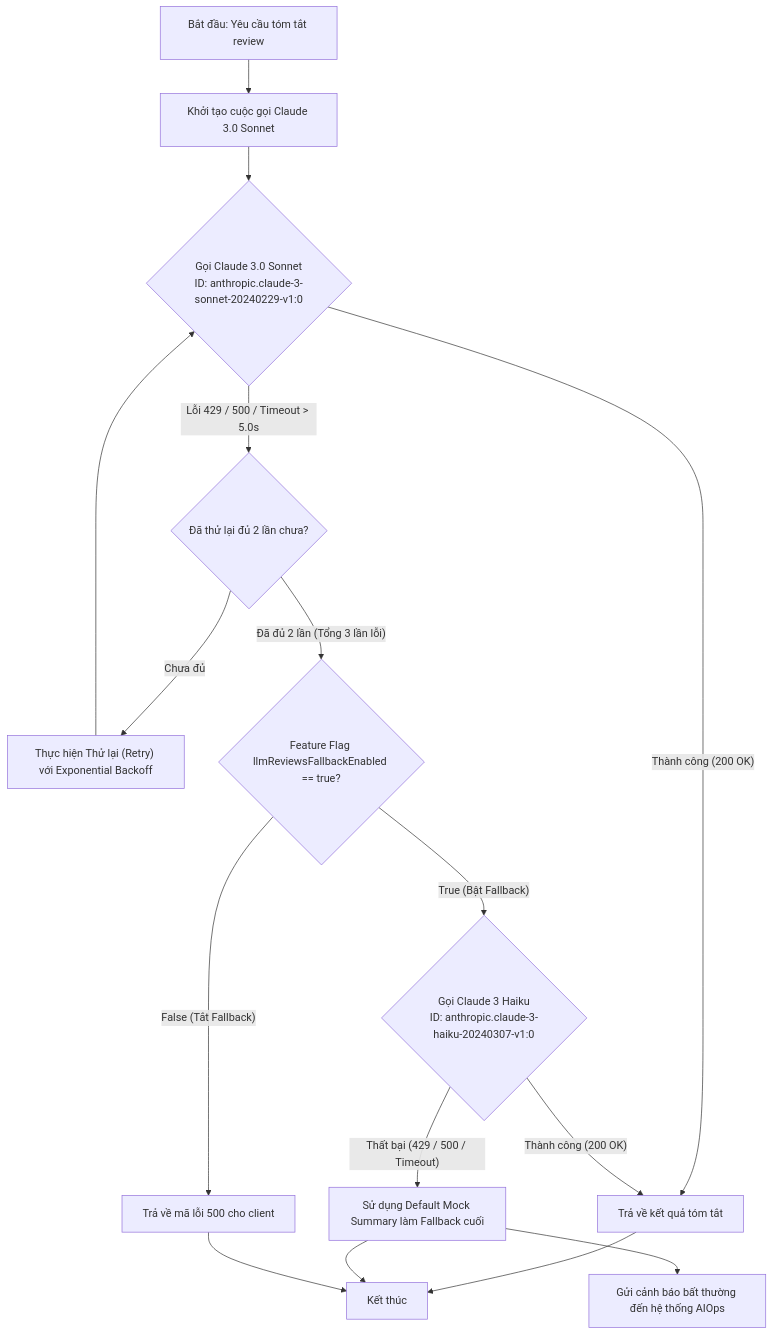
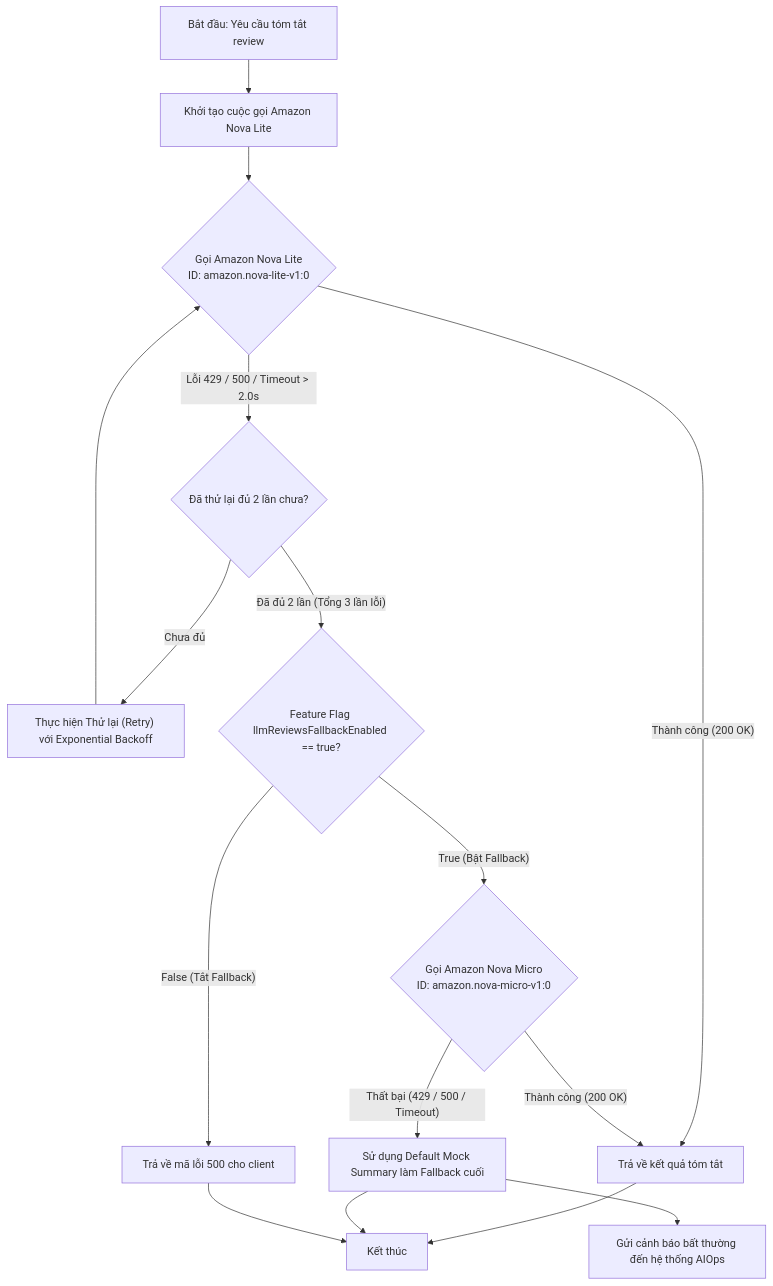
One commit to nguyenductien-qnm/capstone-phase-3 changed the first of 2 diagrams in docs/ai/specs/fallback_retry.md. Above: the diagram before and after it, drawn with Mermaid. The commit also changed other lines of this file and 3 other files, not shown here.

````diff
--- a/docs/ai/specs/fallback_retry.md
+++ b/docs/ai/specs/fallback_retry.md
@@ -7,25 +18,25 @@
 ```mermaid
 graph TD
-    Start["Bắt đầu: Yêu cầu tóm tắt review"] --> InitCall["Khởi tạo cuộc gọi Claude 3.0 Sonnet"]
-    InitCall --> CallSonnet{"Gọi Claude 3.0 Sonnet<br>ID: anthropic.claude-3-sonnet-20240229-v1:0"}
+    Start["Bắt đầu: Yêu cầu tóm tắt review"] --> InitCall["Khởi tạo cuộc gọi Amazon Nova Lite"]
+    InitCall --> CallNova{"Gọi Amazon Nova Lite<br>ID: amazon.nova-lite-v1:0"}
     
-    CallSonnet -- "Thành công (200 OK)" --> ReturnResult["Trả về kết quả tóm tắt"]
+    CallNova -- "Thành công (200 OK)" --> ReturnResult["Trả về kết quả tóm tắt"]
     
-    CallSonnet -- "Lỗi 429 / 500 / Timeout > 5.0s" --> CheckRetry{"Đã thử lại đủ 2 lần chưa?"}
-    CheckRetry -- "Chưa đủ" --> RetrySonnet["Thực hiện Thử lại (Retry) với Exponential Backoff"]
-    RetrySonnet --> CallSonnet
+    CallNova -- "Lỗi 429 / 500 / Timeout > 2.0s" --> CheckRetry{"Đã thử lại đủ 2 lần chưa?"}
+    CheckRetry -- "Chưa đủ" --> RetryNova["Thực hiện Thử lại (Retry) với Exponential Backoff"]
+    RetryNova --> CallNova
     
     CheckRetry -- "Đã đủ 2 lần (Tổng 3 lần lỗi)" --> CheckFallbackFlag{"Feature Flag llmReviewsFallbackEnabled == true?"}
     
     CheckFallbackFlag -- "False (Tắt Fallback)" --> FailResponse["Trả về mã lỗi 500 cho client"]
     
-    CheckFallbackFlag -- "True (Bật Fallback)" --> CallHaiku{"Gọi Claude 3 Haiku<br>ID: anthropic.claude-3-haiku-20240307-v1:0"}
+    CheckFallbackFlag -- "True (Bật Fallback)" --> CallNovaMicro{"Gọi Amazon Nova Micro<br>ID: amazon.nova-micro-v1:0"}
     
-    CallHaiku -- "Thành công (200 OK)" --> ReturnResult
-    CallHaiku -- "Thất bại (429 / 500 / Timeout)" --> CallMock["Sử dụng Default Mock Summary làm Fallback cuối"]
+    CallNovaMicro -- "Thành công (200 OK)" --> ReturnResult
+    CallNovaMicro -- "Thất bại (429 / 500 / Timeout)" --> CallMock["Sử dụng Default Mock Summary làm Fallback cuối"]
     
     CallMock --> AlertAIOps["Gửi cảnh báo bất thường đến hệ thống AIOps"]
     ReturnResult --> End["Kết thúc"]
     CallMock --> End
     FailResponse --> End
 ```
````
